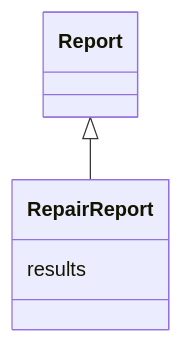
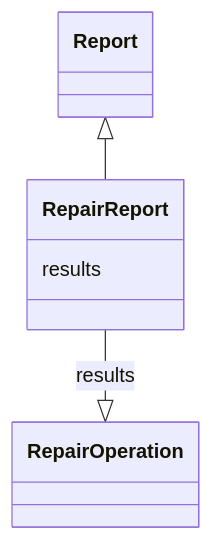
The diagram in validation/RepairReport.md (cthoyt/ontology-access-kit), drawn with Mermaid before and after one commit. The commit also changed other lines of this file and 3287 other files, not shown here.

````diff
--- a/validation/RepairReport.md
+++ b/validation/RepairReport.md
@@ -11,8 +14,11 @@
 ```{mermaid}
  classDiagram
     class RepairReport
       Report <|-- RepairReport
       
       RepairReport : results
+        
+          RepairReport --|> RepairOperation : results
+        
       
 ```
````
